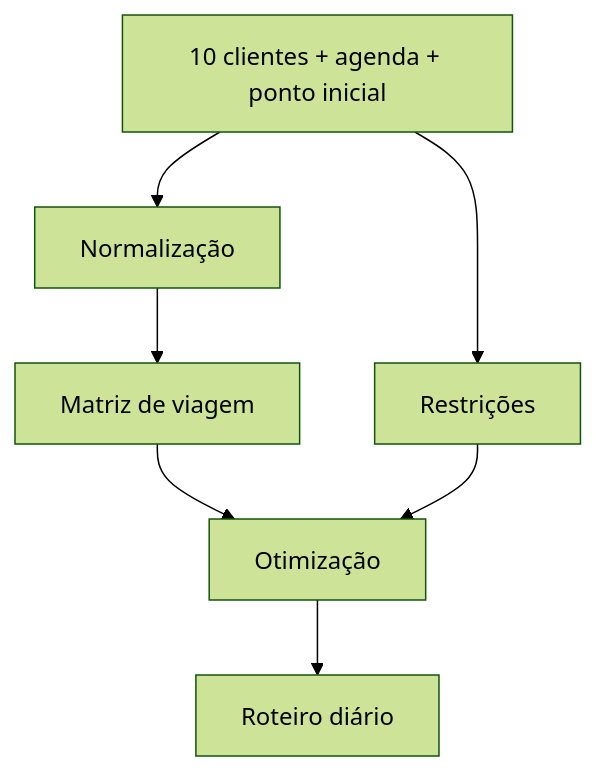
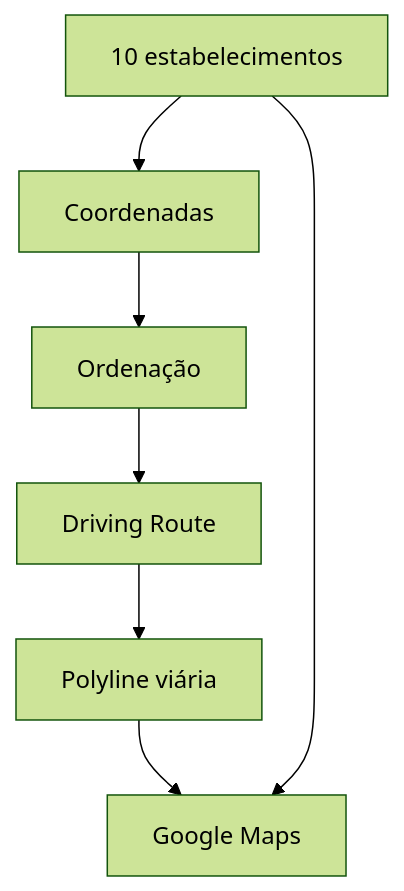
One commit to sales-force-pb/melhor-abordagem changed the diagram in roteiro-inteligente/docs/01-VISION.md. Above: the diagram before and after it, drawn with Mermaid (forest theme). The commit also changed other lines of this file, not shown here.

Commit message:
docs: simplify smart route vision

````diff
--- a/roteiro-inteligente/docs/01-VISION.md
+++ b/roteiro-inteligente/docs/01-VISION.md
@@ -31,15 +27,16 @@
 ```mermaid
 flowchart TB
-    I[10 clientes + agenda + ponto inicial]
-    N[Normalização]
-    M[Matriz de viagem]
-    C[Restrições]
-    O[Otimização]
-    R[Roteiro diário]
-    I --> N
-    N --> M
-    I --> C
-    M --> O
-    C --> O
-    O --> R
+    I[10 estabelecimentos]
+    G[Coordenadas]
+    O[Ordenação]
+    D[Driving Route]
+    P[Polyline viária]
+    M[Google Maps]
+
+    I --> G
+    G --> O
+    O --> D
+    D --> P
+    P --> M
+    I --> M
 ```
````
